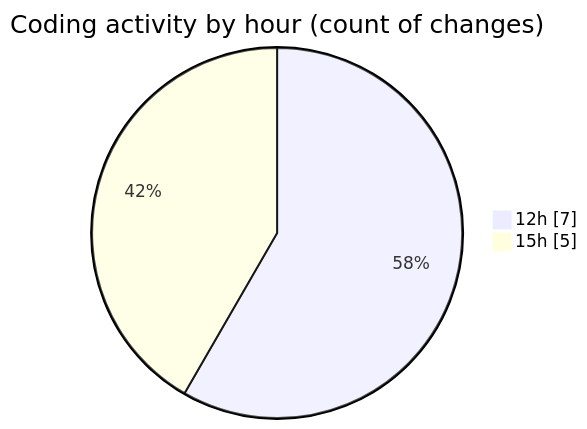
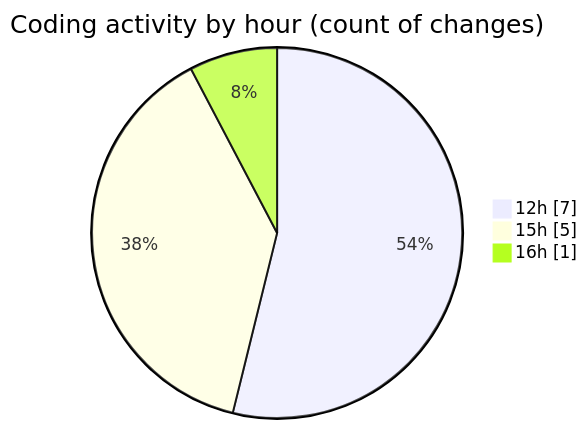
Before and after one commit to nxtqubesakshisongat/code-tracking: the second of 2 diagrams in 2025-11-11/argos/README.md, drawn with Mermaid. The commit also changed other lines of this file and 1 other file, not shown here.

````diff
--- a/2025-11-11/argos/README.md
+++ b/2025-11-11/argos/README.md
@@ -34,6 +36,7 @@
 ```mermaid
 pie showData
 title Coding activity by hour (count of changes)
 "12h" : 7
 "15h" : 5
+"16h" : 1
 ```
````
